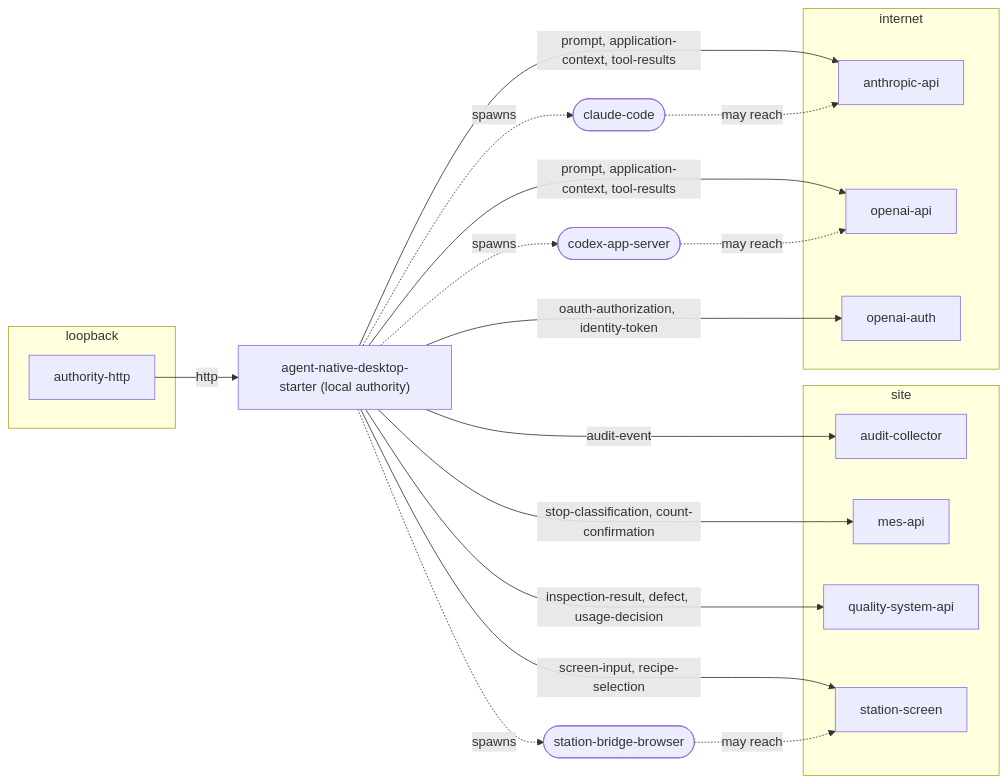
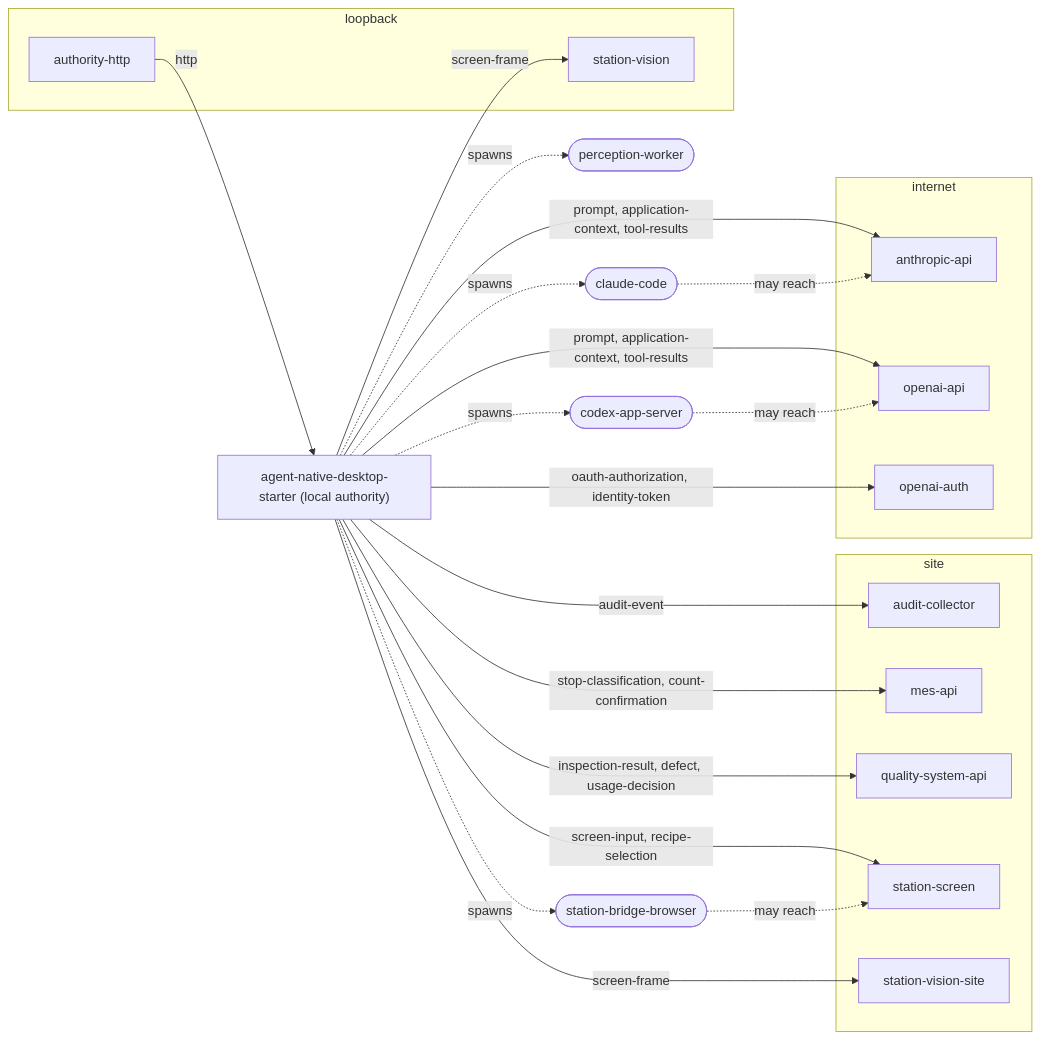
Before and after one commit to wisdomousai/tortoise: the diagram in docs/reference/data-flows.md, drawn with Mermaid. The commit also changed other lines of this file and 12 other files, not shown here.

````diff
--- a/docs/reference/data-flows.md
+++ b/docs/reference/data-flows.md
@@ -5,32 +5,37 @@
 ```mermaid
 flowchart LR
   app["agent-native-desktop-starter (local authority)"]
   subgraph loopback["loopback"]
     authority_http["authority-http"]
+    station_vision["station-vision"]
   end
   subgraph site["site"]
     audit_collector["audit-collector"]
     mes_api["mes-api"]
     quality_system_api["quality-system-api"]
     station_screen["station-screen"]
+    station_vision_site["station-vision-site"]
   end
   subgraph internet["internet"]
     anthropic_api["anthropic-api"]
     openai_api["openai-api"]
     openai_auth["openai-auth"]
   end
   app -- "prompt, application-context, tool-results" --> anthropic_api
   app -- "audit-event" --> audit_collector
   authority_http -- "http" --> app
   app -- "stop-classification, count-confirmation" --> mes_api
   app -- "prompt, application-context, tool-results" --> openai_api
   app -- "oauth-authorization, identity-token" --> openai_auth
   app -- "inspection-result, defect, usage-decision" --> quality_system_api
   app -- "screen-input, recipe-selection" --> station_screen
+  app -- "screen-frame" --> station_vision
+  app -- "screen-frame" --> station_vision_site
   app -. spawns .-> proc_claude_code(["claude-code"])
   proc_claude_code -. may reach .-> anthropic_api
   app -. spawns .-> proc_codex_app_server(["codex-app-server"])
   proc_codex_app_server -. may reach .-> openai_api
+  app -. spawns .-> proc_perception_worker(["perception-worker"])
   app -. spawns .-> proc_station_bridge_browser(["station-bridge-browser"])
   proc_station_bridge_browser -. may reach .-> station_screen
 ```
````
